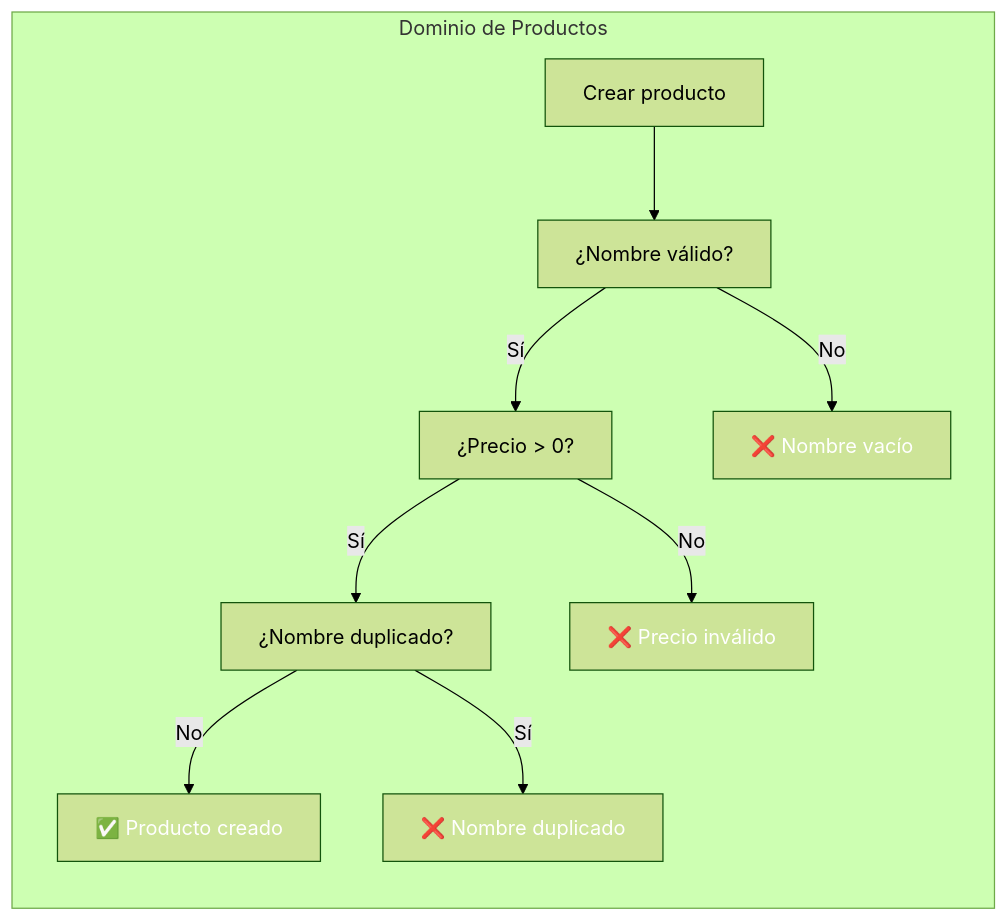
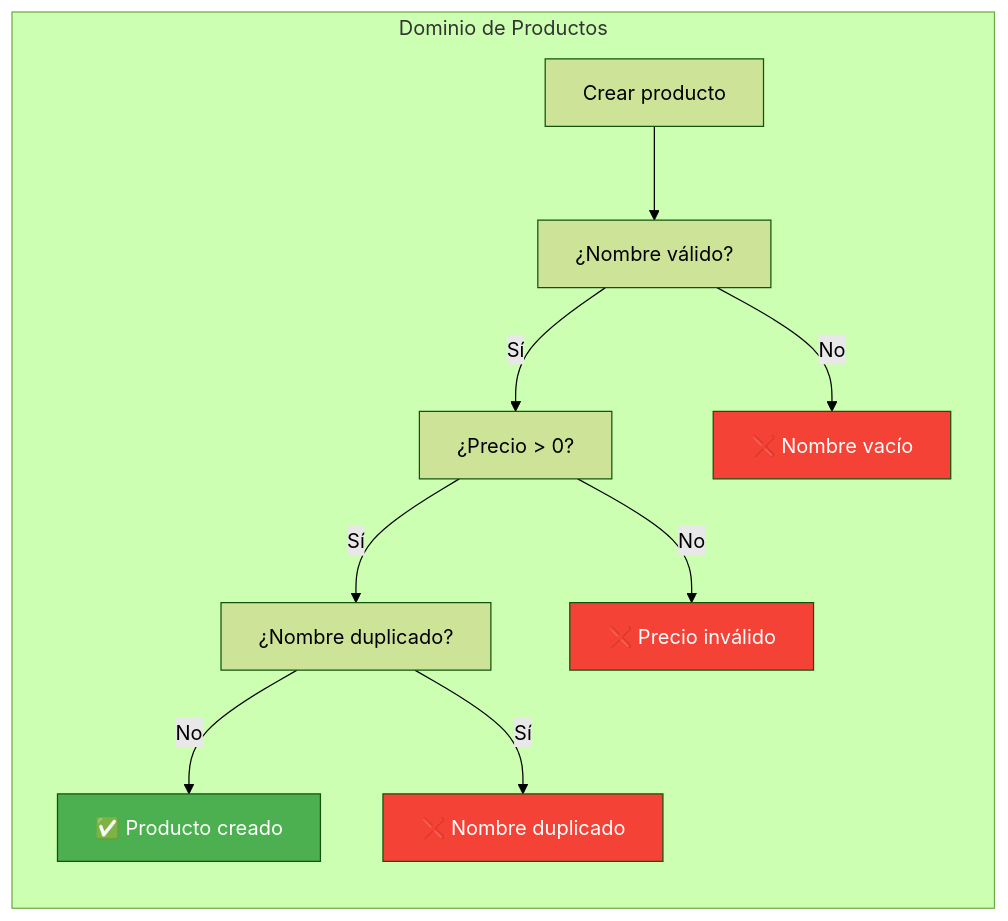
Before and after one commit to joseluisgs/DesarrolloWebEntornosServidor-02-2026-2027: the first of 4 diagrams in 07-excepciones-patron-result.md, drawn with Mermaid (forest theme). The commit also changed other lines of this file and 29 other files, not shown here.

Commit message:
docs: corregir estilos Mermaid y estilo, quitar referencias a la Tienda y reestructurar los retos 13 y 15

````diff
--- a/07-excepciones-patron-result.md
+++ b/07-excepciones-patron-result.md
@@ -87,17 +87,17 @@
 ```mermaid
 flowchart LR
     subgraph "Dominio de Productos"
         A["Crear producto"] --> B["¿Nombre válido?"]
         B -->|Sí| C["¿Precio > 0?"]
         B -->|No| D["❌ Nombre vacío"]
         C -->|Sí| E["¿Nombre duplicado?"]
         C -->|No| F["❌ Precio inválido"]
         E -->|No| G["✅ Producto creado"]
         E -->|Sí| H["❌ Nombre duplicado"]
     end
 
-    style G fill:#4CAF5,color:#fff0,color:#fff
-    style D fill:#f4433,color:#fff6,color:#fff
-    style F fill:#f4433,color:#fff6,color:#fff
-    style H fill:#f4433,color:#fff6,color:#fff
+    style G fill:#4CAF50,color:#fff
+    style D fill:#f44336,color:#fff
+    style F fill:#f44336,color:#fff
+    style H fill:#f44336,color:#fff
 ```
````
